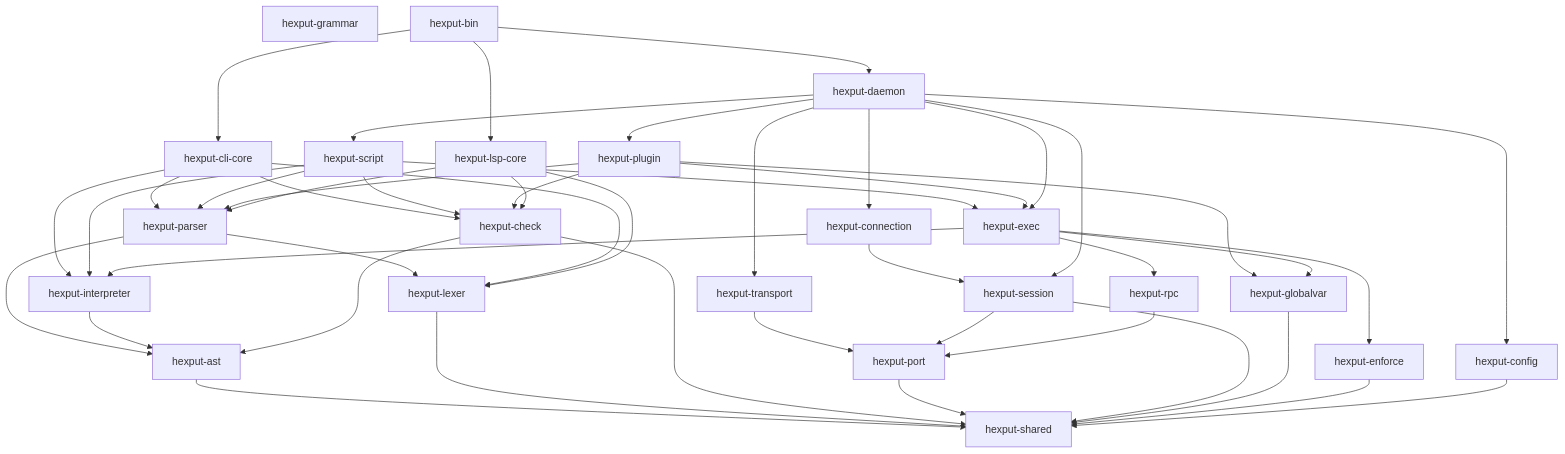
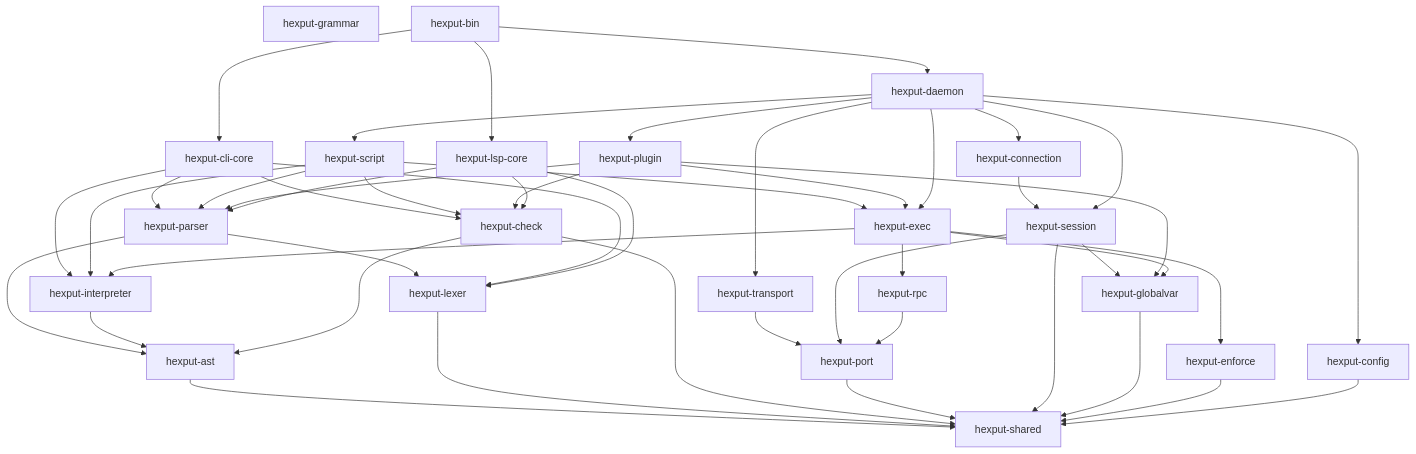
Before and after one commit to hexput/main: the second of 3 diagrams in _bmad-output/planning-artifacts/architecture/architecture-hexput-2026-09-18/ARCHITECTURE-SPINE.md, drawn with Mermaid. The commit also changed other lines of this file and 13 other files, not shown here.

````diff
--- a/_bmad-output/planning-artifacts/architecture/architecture-hexput-2026-09-18/ARCHITECTURE-SPINE.md
+++ b/_bmad-output/planning-artifacts/architecture/architecture-hexput-2026-09-18/ARCHITECTURE-SPINE.md
@@ -188,55 +188,56 @@
 ```mermaid
 graph TD
   shared[hexput-shared]
 
   ast[hexput-ast] --> shared
   lexer[hexput-lexer] --> shared
   parser[hexput-parser] --> lexer
   parser --> ast
   interp[hexput-interpreter] --> ast
   check[hexput-check] --> ast
   check --> shared
   clicore[hexput-cli-core] --> lexer
   clicore --> parser
   clicore --> interp
   clicore --> check
 
   transport[hexput-transport] --> port[hexput-port]
   port --> shared
   session[hexput-session] --> port
   session --> shared
   conn[hexput-connection] --> session
+  session --> globalvar
   script[hexput-script] --> parser
   script --> interp
   script --> check
   script --> exec[hexput-exec]
   plugin[hexput-plugin] --> parser
   plugin --> globalvar[hexput-globalvar]
   plugin --> exec
   plugin --> check
   globalvar --> shared
   exec --> enforce[hexput-enforce]
   exec --> interp
   exec --> rpc[hexput-rpc]
   exec --> globalvar
   enforce --> shared
   rpc --> port
   config[hexput-config] --> shared
 
   daemon[hexput-daemon] --> transport
   daemon --> session
   daemon --> conn
   daemon --> script
   daemon --> plugin
   daemon --> config
   daemon --> exec
 
   grammar[hexput-grammar]
   lspcore[hexput-lsp-core] --> lexer
   lspcore --> parser
   lspcore --> check
 
   bin[hexput-bin] --> daemon
   bin --> clicore
   bin --> lspcore
 ```
````
